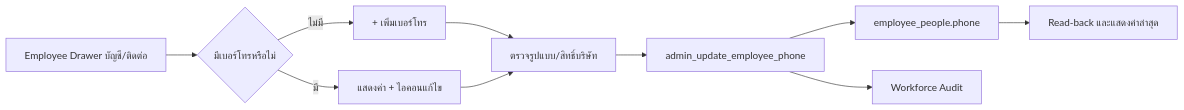
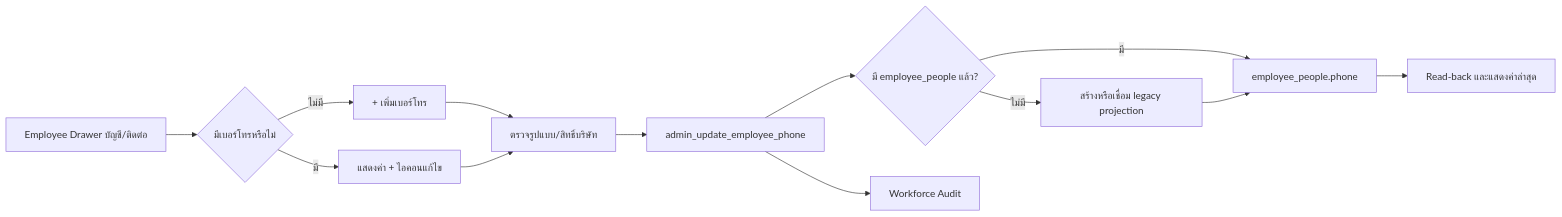
Before and after one commit to paramonjong-afk/WisdomAI: the second of 15 diagrams in docs/WORKFORCE_BACKBONE_FLOW.md, drawn with Mermaid. The commit also changed other lines of this file and 5 other files, not shown here.

Commit message:
fix(hr): allow phone updates for legacy profiles

````diff
--- a/docs/WORKFORCE_BACKBONE_FLOW.md
+++ b/docs/WORKFORCE_BACKBONE_FLOW.md
@@ -30,12 +30,15 @@
 ```mermaid
 flowchart LR
   A[Employee Drawer บัญชี/ติดต่อ] --> B{มีเบอร์โทรหรือไม่}
   B -->|ไม่มี| C[+ เพิ่มเบอร์โทร]
   B -->|มี| D[แสดงค่า + ไอคอนแก้ไข]
   C --> E[ตรวจรูปแบบ/สิทธิ์บริษัท]
   D --> E
   E --> F[admin_update_employee_phone]
-  F --> G[employee_people.phone]
+  F --> J{มี employee_people แล้ว?}
+  J -->|ไม่มี| K[สร้างหรือเชื่อม legacy projection]
+  J -->|มี| G[employee_people.phone]
+  K --> G
   F --> H[Workforce Audit]
   G --> I[Read-back และแสดงค่าล่าสุด]
 ```
````
